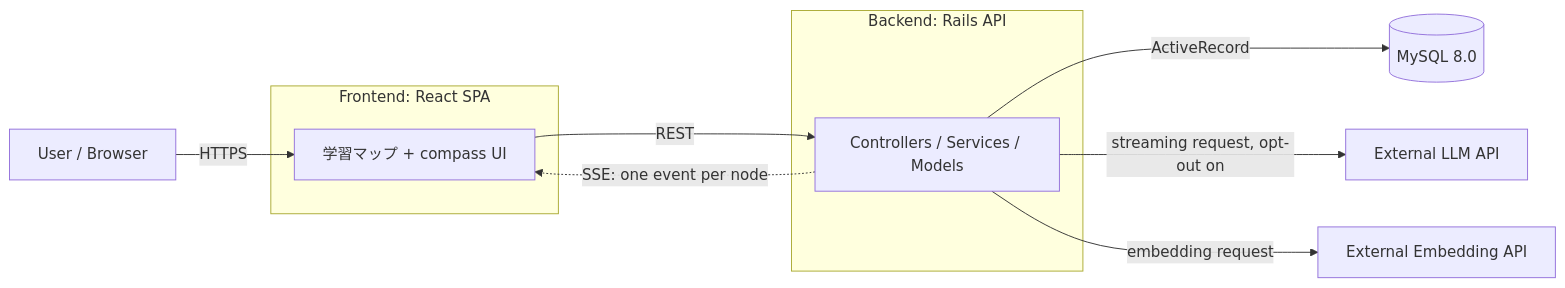
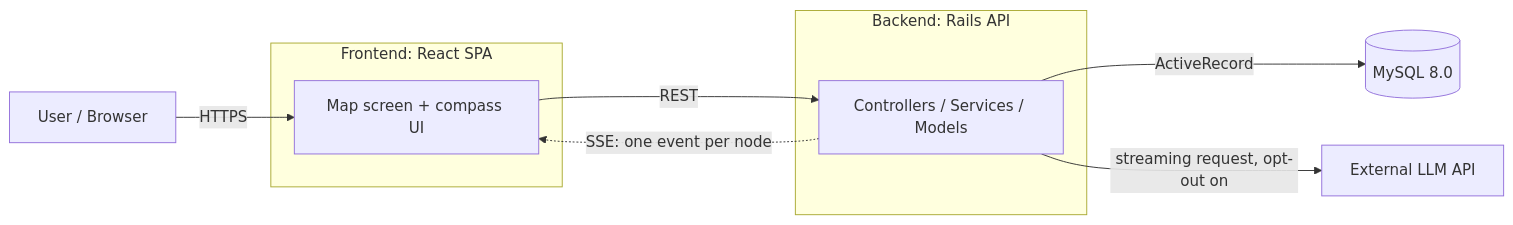
Before and after one commit to ryuma-1/Campass: the first of 2 diagrams in .claude/rules/code/architecture.md, drawn with Mermaid. The commit also changed other lines of this file and 6 other files, not shown here.

````diff
--- a/.claude/rules/code/architecture.md
+++ b/.claude/rules/code/architecture.md
@@ -7,23 +7,21 @@
 ```mermaid
 graph LR
     User[User / Browser]
 
     subgraph FE[Frontend: React SPA]
-        FEApp[学習マップ + compass UI]
+        FEApp[Map screen + compass UI]
     end
 
     subgraph BE[Backend: Rails API]
         BEApp[Controllers / Services / Models]
     end
 
     DB[(MySQL 8.0)]
     LLM[External LLM API]
-    EMB[External Embedding API]
 
     User -->|HTTPS| FEApp
     FEApp -->|REST| BEApp
     BEApp -.->|SSE: one event per node| FEApp
     BEApp -->|ActiveRecord| DB
     BEApp -->|streaming request, opt-out on| LLM
-    BEApp -->|embedding request| EMB
 ```
````
